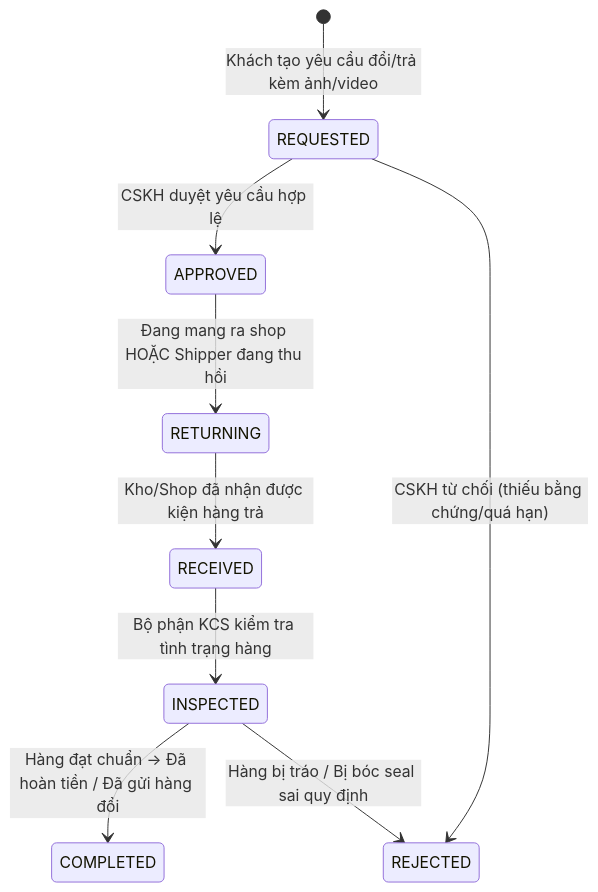
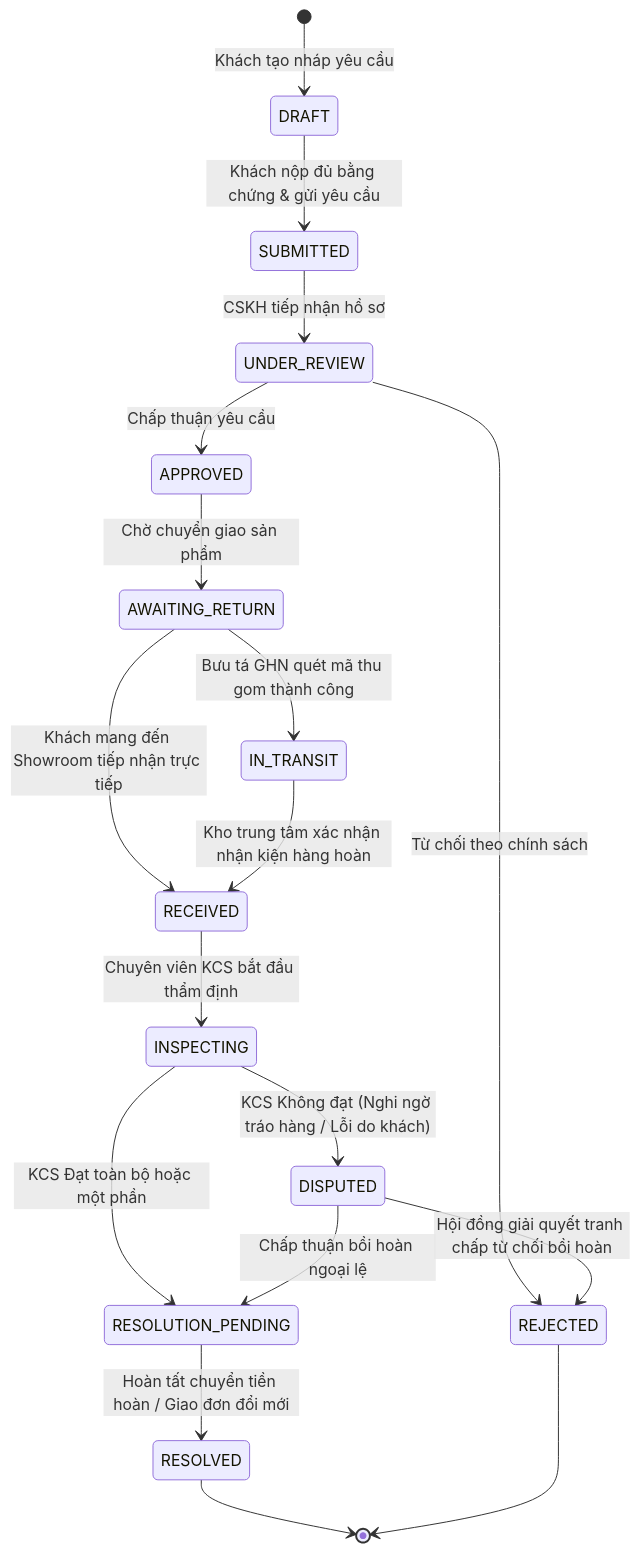
The seventh of 8 diagrams in docs/2-design/05_thiet_ke_fulfillment_logistics_rma.md (Viettrung1404/DUT.CosmeticsRetailSystem), drawn with Mermaid before and after one commit. The commit also changed other lines of this file and 31 other files, not shown here.

````diff
--- a/docs/2-design/05_thiet_ke_fulfillment_logistics_rma.md
+++ b/docs/2-design/05_thiet_ke_fulfillment_logistics_rma.md
@@ -458,16 +1030,27 @@
 ```mermaid
 stateDiagram-v2
-    [*] --> REQUESTED: Khách tạo yêu cầu đổi/trả kèm ảnh/video
+    [*] --> DRAFT: Khách tạo nháp yêu cầu
+    DRAFT --> SUBMITTED: Khách nộp đủ bằng chứng & gửi yêu cầu
+
+    SUBMITTED --> UNDER_REVIEW: CSKH tiếp nhận hồ sơ
+    UNDER_REVIEW --> REJECTED: Từ chối theo chính sách
+    UNDER_REVIEW --> APPROVED: Chấp thuận yêu cầu
+
+    APPROVED --> AWAITING_RETURN: Chờ chuyển giao sản phẩm
     
-    REQUESTED --> APPROVED: CSKH duyệt yêu cầu hợp lệ
-    REQUESTED --> REJECTED: CSKH từ chối (thiếu bằng chứng/quá hạn)
+    AWAITING_RETURN --> RECEIVED: Khách mang đến Showroom tiếp nhận trực tiếp
+    AWAITING_RETURN --> IN_TRANSIT: Bưu tá GHN quét mã thu gom thành công
+    IN_TRANSIT --> RECEIVED: Kho trung tâm xác nhận nhận kiện hàng hoàn
 
-    APPROVED --> RETURNING: Đang mang ra shop HOẶC Shipper đang thu hồi
+    RECEIVED --> INSPECTING: Chuyên viên KCS bắt đầu thẩm định
     
-    RETURNING --> RECEIVED: Kho/Shop đã nhận được kiện hàng trả
-    
-    RECEIVED --> INSPECTED: Bộ phận KCS kiểm tra tình trạng hàng
-    
-    INSPECTED --> COMPLETED: Hàng đạt chuẩn -> Đã hoàn tiền / Đã gửi hàng đổi
-    INSPECTED --> REJECTED: Hàng bị tráo / Bị bóc seal sai quy định
+    INSPECTING --> RESOLUTION_PENDING: KCS Đạt toàn bộ hoặc một phần
+    INSPECTING --> DISPUTED: KCS Không đạt (Nghi ngờ tráo hàng / Lỗi do khách)
+
+    DISPUTED --> REJECTED: Hội đồng giải quyết tranh chấp từ chối bồi hoàn
+    DISPUTED --> RESOLUTION_PENDING: Chấp thuận bồi hoàn ngoại lệ
+
+    RESOLUTION_PENDING --> RESOLVED: Hoàn tất chuyển tiền hoàn / Giao đơn đổi mới
+    RESOLVED --> [*]
+    REJECTED --> [*]
 ```
````
